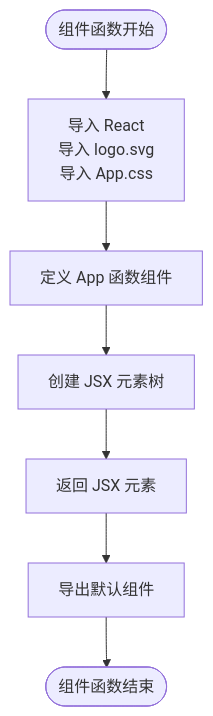
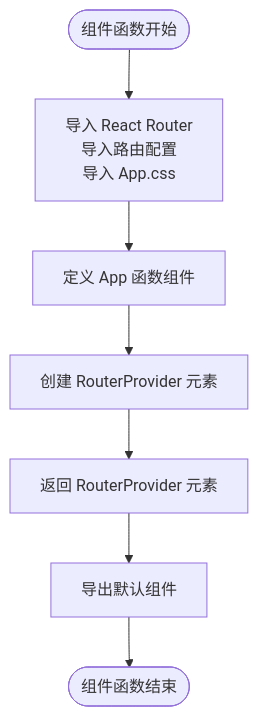
Before and after one commit to kkxxll/reactNext: the fifth of 9 diagrams in .qoder/repowiki/zh/content/核心组件/App 组件.md, drawn with Mermaid. The commit also changed other lines of this file and 12 other files, not shown here.

````diff
--- a/.qoder/repowiki/zh/content/核心组件/App 组件.md
+++ b/.qoder/repowiki/zh/content/核心组件/App 组件.md
@@ -203,9 +267,9 @@
 ```mermaid
 flowchart TD
-Start([组件函数开始]) --> ImportModules["导入 React<br/>导入 logo.svg<br/>导入 App.css"]
+Start([组件函数开始]) --> ImportModules["导入 React Router<br/>导入路由配置<br/>导入 App.css"]
 ImportModules --> DefineFunction["定义 App 函数组件"]
-DefineFunction --> CreateJSX["创建 JSX 元素树"]
-CreateJSX --> ReturnElement["返回 JSX 元素"]
+DefineFunction --> CreateRouterProvider["创建 RouterProvider 元素"]
+CreateRouterProvider --> ReturnElement["返回 RouterProvider 元素"]
 ReturnElement --> ExportDefault["导出默认组件"]
 ExportDefault --> End([组件函数结束])
 ```
````
